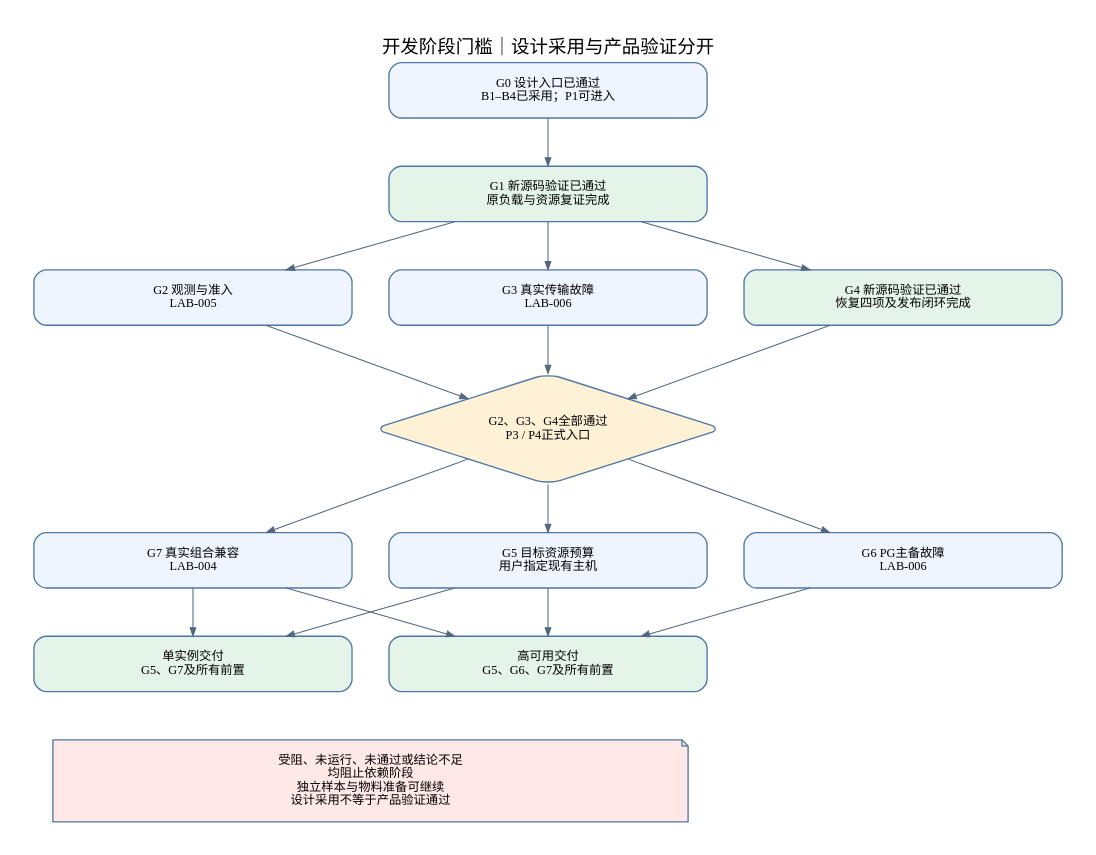
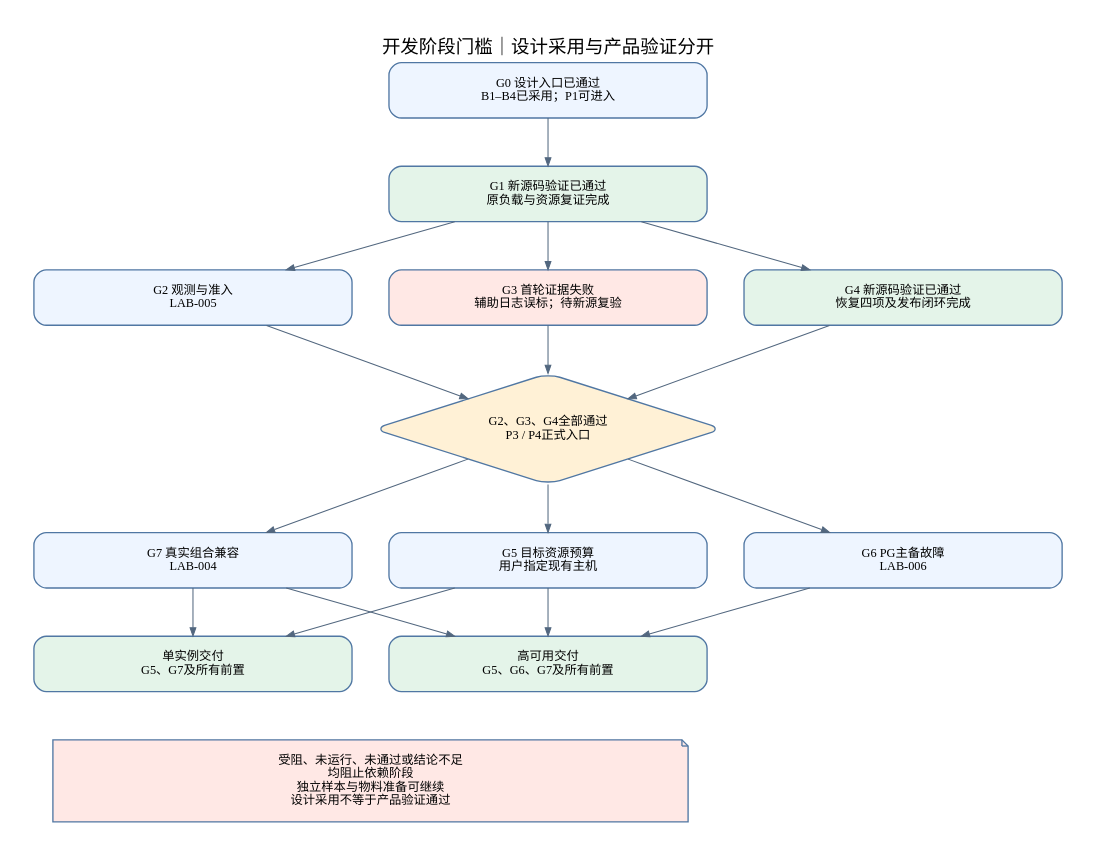
Before and after one commit to wyw-ai/loom-oi: the diagram in docs/architecture/diagrams/v0.7/06-delivery-dependencies.dot, drawn with Graphviz. The commit also changed 38 other files, not shown here.

```diff
--- a/docs/architecture/diagrams/v0.7/06-delivery-dependencies.dot
+++ b/docs/architecture/diagrams/v0.7/06-delivery-dependencies.dot
@@ -1,23 +1,23 @@
 digraph G {
 graph [bgcolor="white",pad="0.35",nodesep="0.5",ranksep="0.65",fontname="Noto Sans SC",fontsize=18,labelloc="t",splines=polyline];
 node [shape=box,style="rounded,filled",fillcolor="#eef5ff",color="#5077a3",fontname="Noto Sans SC",fontsize=12,width=4.3,margin="0.35,0.2",penwidth=1.3];
 edge [color="#52677f",fontname="Noto Sans SC",fontsize=10,arrowsize=0.8];
 rankdir=TB;label="开发阶段门槛｜设计采用与产品验证分开";
  g0[label="G0 设计入口已通过\nB1–B4已采用；P1可进入"];
  g1[label="G1 新源码验证已通过\n原负载与资源复证完成",fillcolor="#e4f4e9"];
  g2[label="G2 观测与准入\nLAB-005"];
- g3[label="G3 真实传输故障\nLAB-006"];
+ g3[label="G3 首轮证据失败\n辅助日志误标；待新源复验",fillcolor="#ffe8e5"];
  g4[label="G4 新源码验证已通过\n恢复四项及发布闭环完成",fillcolor="#e4f4e9"];
  gate[label="G2、G3、G4全部通过\nP3 / P4正式入口",shape=diamond,fillcolor="#fff1d6"];
  g5[label="G5 目标资源预算\n用户指定现有主机"];
  g6[label="G6 PG主备故障\nLAB-006"];
  g7[label="G7 真实组合兼容\nLAB-004"];
  single[label="单实例交付\nG5、G7及所有前置",fillcolor="#e4f4e9"];
  ha[label="高可用交付\nG5、G6、G7及所有前置",fillcolor="#e4f4e9"];
  g0->g1;g1->g2;g1->g3;g1->g4;{rank=same;g2;g3;g4;}
  g2->gate;g3->gate;g4->gate;gate->g5;gate->g6;gate->g7;{rank=same;g5;g6;g7;}
  g5->single;g7->single;g5->ha;g6->ha;g7->ha;
  note[label="受阻、未运行、未通过或结论不足\n均阻止依赖阶段\n独立样本与物料准备可继续\n设计采用不等于产品验证通过",width=8.6,shape=note,fillcolor="#ffe8e5"];
  single->note[style=invis];ha->note[style=invis];
 
 }
```
